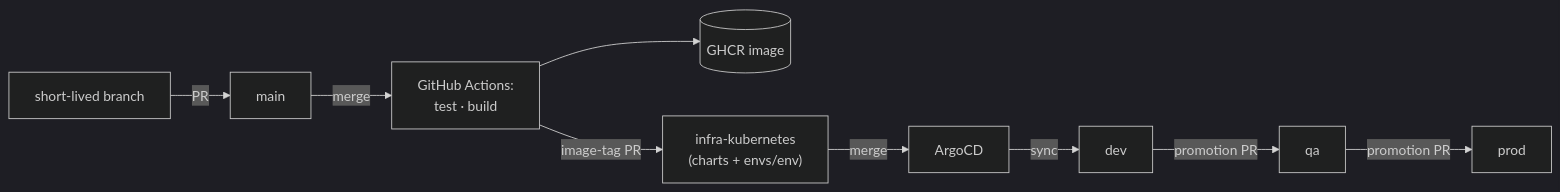
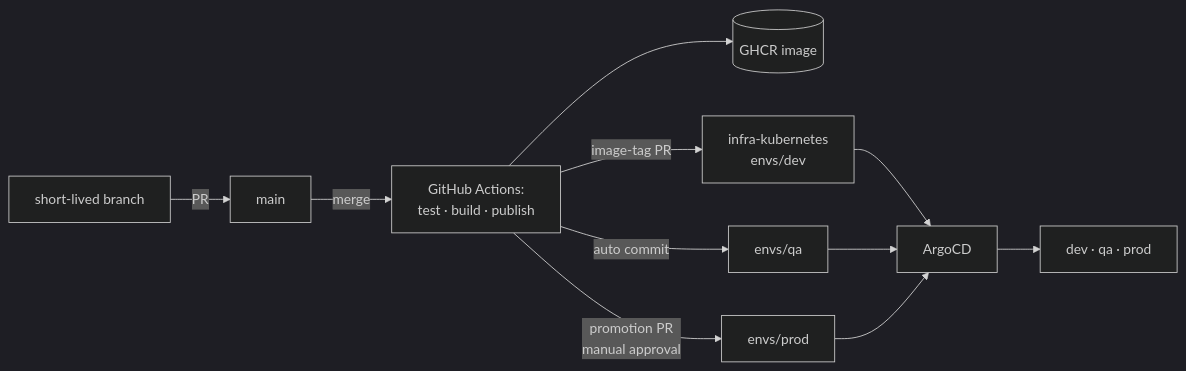
The diagram in 00-ecosystem/platform-overview.md (sca-templates/sca-docs), drawn with Mermaid (dark theme) before and after one commit. The commit also changed other lines of this file and 8 other files, not shown here.

First line of the commit message:
docs(platform): update delivery flow and add architecture doc

````diff
--- a/00-ecosystem/platform-overview.md
+++ b/00-ecosystem/platform-overview.md
@@ -56,11 +56,11 @@
 ```mermaid
 flowchart LR
     BR["short-lived branch"] -- "PR" --> MAIN["main"]
-    MAIN -- "merge" --> ACT["GitHub Actions:<br>test · build"]
+    MAIN -- "merge" --> ACT["GitHub Actions:<br>test · build · publish"]
     ACT --> GHCR[("GHCR image")]
-    ACT -- "image-tag PR" --> CFG["infra-kubernetes<br>(charts + envs/env)"]
-    CFG -- "merge" --> ARGO["ArgoCD"]
-    ARGO -- "sync" --> DEV["dev"]
-    DEV -- "promotion PR" --> QA["qa"]
-    QA -- "promotion PR" --> PROD["prod"]
+    ACT -- "image-tag PR" --> DEVTAG["infra-kubernetes<br>envs/dev"]
+    ACT -- "auto commit" --> QATAG["envs/qa"]
+    ACT -- "promotion PR<br>manual approval" --> PRODTAG["envs/prod"]
+    DEVTAG & QATAG & PRODTAG --> ARGO["ArgoCD"]
+    ARGO --> ENV["dev · qa · prod"]
 ```
````
